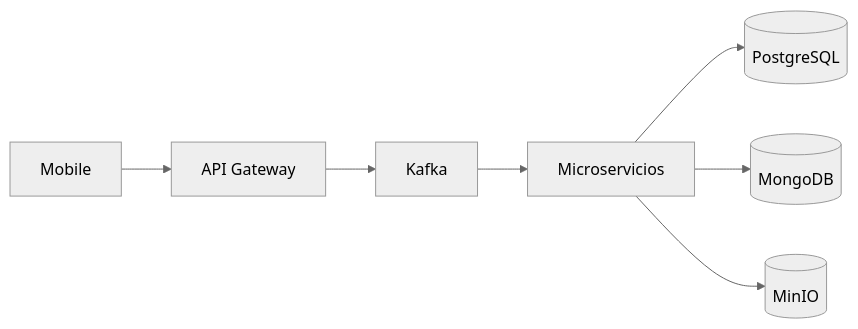
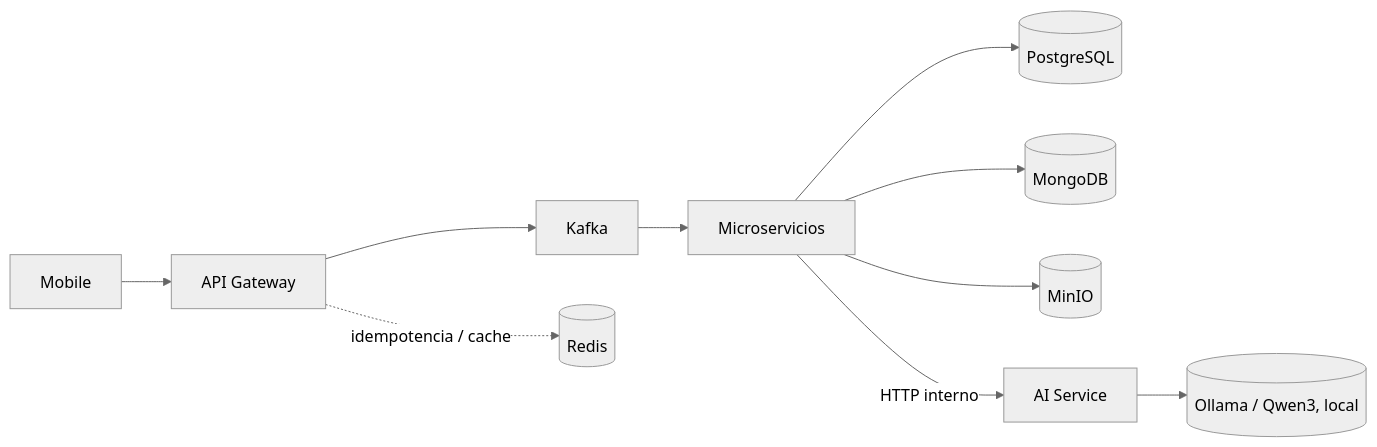
The diagram in profile/README.md (kairos-Tech-UY/.github), drawn with Mermaid (neutral theme) before and after one commit. The commit also changed other lines of this file, not shown here.

First line of the commit message:
docs: actualizar diagrama de arquitectura (Redis + AI Service)

````diff
--- a/profile/README.md
+++ b/profile/README.md
@@ -24,9 +25,12 @@
 ```mermaid
 flowchart LR
     M[Mobile] --> G[API Gateway]
     G --> K[Kafka]
+    G -.idempotencia / cache.-> R[(Redis)]
     K --> S[Microservicios]
     S --> P[(PostgreSQL)]
     S --> O[(MongoDB)]
     S --> I[(MinIO)]
+    S -->|HTTP interno| AI[AI Service]
+    AI --> OL[(Ollama / Qwen3, local)]
 ```
````
